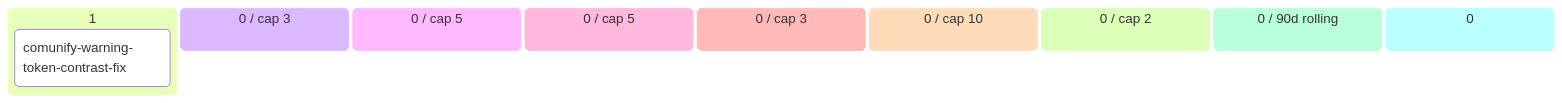
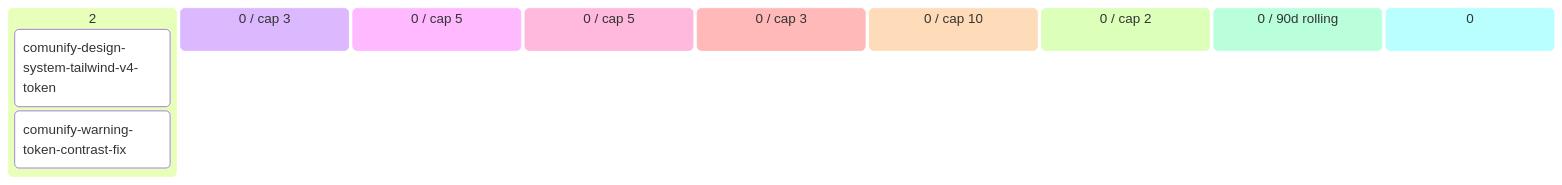
The diagram in comunify/docs/product/BACKLOG.md (alpaca-purpura/luana-platform), drawn with Mermaid before and after one commit. The commit also changed other lines of this file and 4 other files, not shown here.

````diff
--- a/comunify/docs/product/BACKLOG.md
+++ b/comunify/docs/product/BACKLOG.md
@@ -39,13 +40,14 @@
 ```mermaid
 kanban
-  💡 Ideas (1)
+  💡 Ideas (2)
+    comunify-design-system-tailwin[comunify-design-system-tailwind-v4-token]
     comunify-warning-token-contras[comunify-warning-token-contrast-fix]
   🔬 Refining (0 / cap 3)
   ✅ Refined (0 / cap 5)
   📦 Ready (0 / cap 5)
   🔨 Developing (0 / cap 3)
   🧪 Developed (0 / cap 10)
   🔍 Reviewing (0 / cap 2)
   ✅ Done (0 / 90d rolling)
   🅿 Parked (0)
 ```
````
